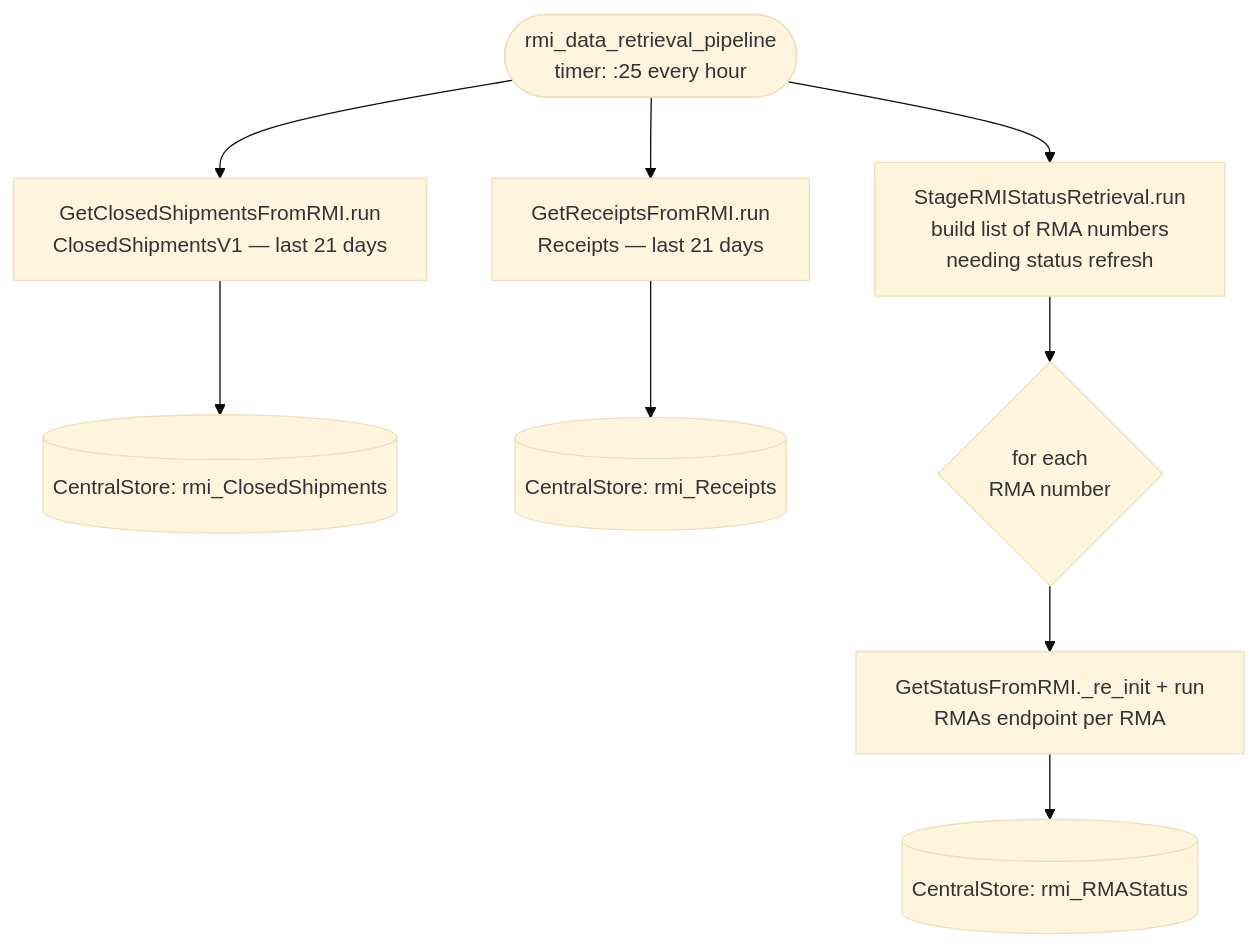
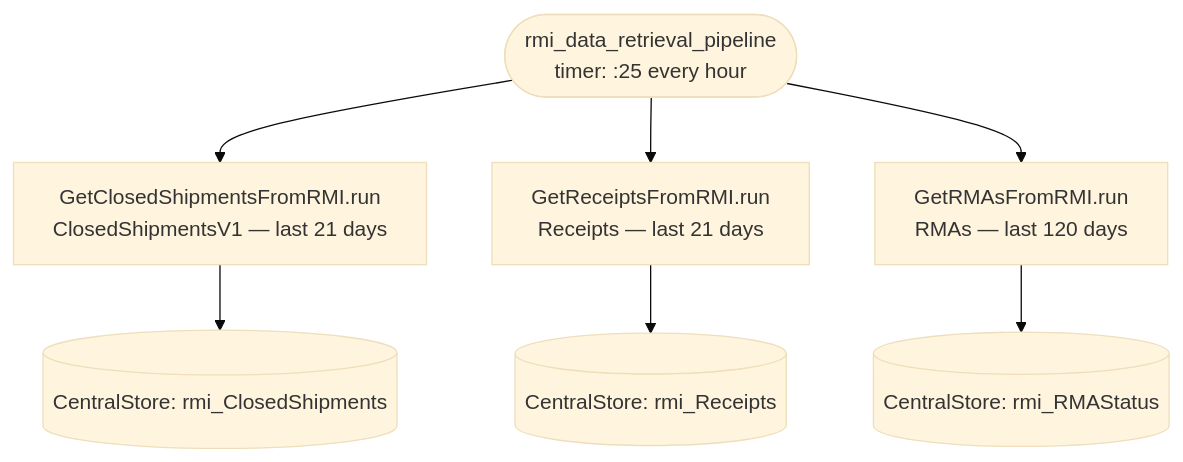
Before and after one commit to journeyhl/logistics-integration-platform: the first of 4 diagrams in docs/functions/rmi_data_retrieval_pipeline.md, drawn with Mermaid (base theme). The commit also changed 2 other files, not shown here.

Commit message:
changing rmi_data_retrieval to use new rmas endpoint

````diff
--- a/docs/functions/rmi_data_retrieval_pipeline.md
+++ b/docs/functions/rmi_data_retrieval_pipeline.md
@@ -12,16 +12,13 @@
 ```mermaid
 %%{init: {"flowchart": {"wrappingWidth": 400}}}%%
 flowchart TD
     TRIGGER([rmi_data_retrieval_pipeline<br/>timer: :25 every hour])
 
     TRIGGER --> GCS[GetClosedShipmentsFromRMI.run<br/>ClosedShipmentsV1 — last 21 days]
     TRIGGER --> GR[GetReceiptsFromRMI.run<br/>Receipts — last 21 days]
-    TRIGGER --> STAGE[StageRMIStatusRetrieval.run<br/>build list of RMA numbers<br/>needing status refresh]
+    TRIGGER --> GRMA[GetRMAsFromRMI.run<br/>RMAs — last 120 days]
 
     GCS --> GCS_DB[(CentralStore: rmi_ClosedShipments)]
     GR --> GR_DB[(CentralStore: rmi_Receipts)]
-
-    STAGE --> LOOP{for each<br/>RMA number}
-    LOOP --> GS[GetStatusFromRMI._re_init + run<br/>RMAs endpoint per RMA]
-    GS --> GS_DB[(CentralStore: rmi_RMAStatus)]
+    GRMA --> GRMA_DB[(CentralStore: rmi_RMAStatus)]
 ```
````
